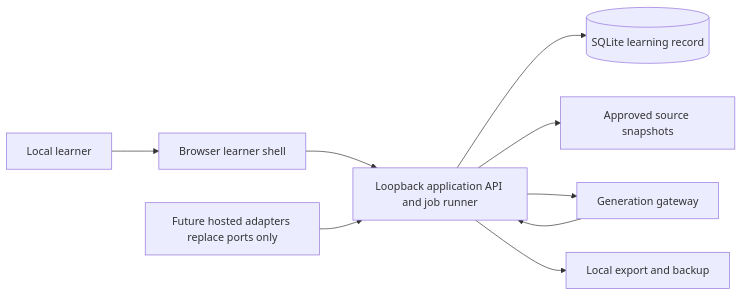
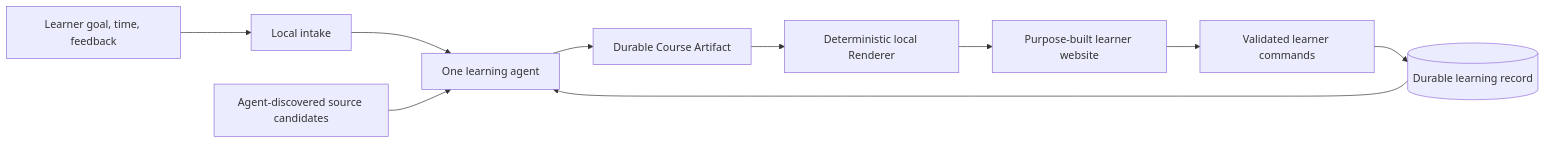
The first of 2 diagrams in docs/factory/Solution.md (Z-Lemke/OpenBook), drawn with Mermaid before and after one commit. The commit also changed other lines of this file and 5 other files, not shown here.

````diff
--- a/docs/factory/Solution.md
+++ b/docs/factory/Solution.md
@@ -17,11 +28,12 @@
 ```mermaid
 flowchart LR
-  learner["Local learner"] --> shell["Browser learner shell"]
-  shell --> api["Loopback application API and job runner"]
-  api --> store[("SQLite learning record")]
-  api --> sources["Approved source snapshots"]
-  api --> gateway["Generation gateway"]
-  gateway --> api
-  api --> backup["Local export and backup"]
-  future["Future hosted adapters replace ports only"] --> api
+  learner["Learner goal, time, feedback"] --> intake["Local intake"]
+  intake --> agent["One learning agent"]
+  sources["Agent-discovered source candidates"] --> agent
+  agent --> artifact["Durable Course Artifact"]
+  artifact --> renderer["Deterministic local Renderer"]
+  renderer --> learnerUI["Purpose-built learner website"]
+  learnerUI --> commands["Validated learner commands"]
+  commands --> record[("Durable learning record")]
+  record --> agent
 ```
````
